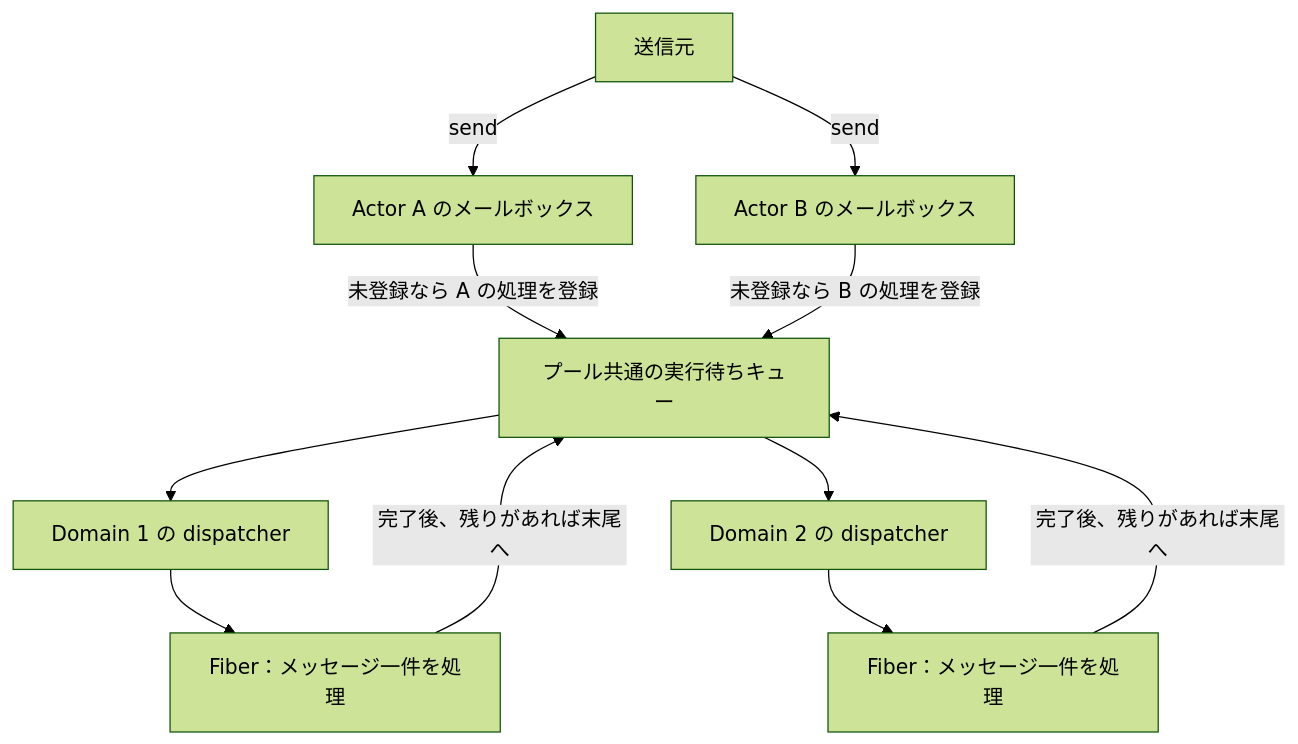
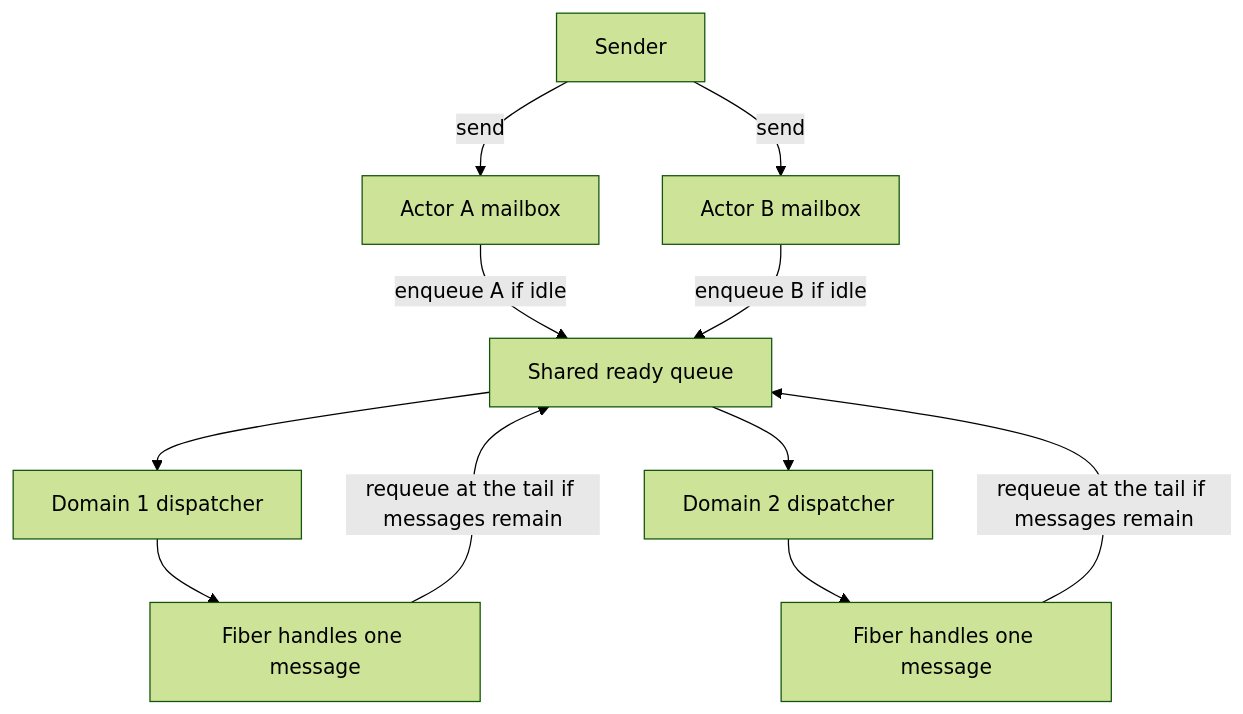
Before and after one commit to 45deg/acterious: the third of 3 diagrams in README.md, drawn with Mermaid (forest theme). The commit also changed other lines of this file and 4 other files, not shown here.

````diff
--- a/README.md
+++ b/README.md
@@ -103,13 +107,13 @@
 ```mermaid
 flowchart TD
-    Sender["送信元"] -->|send| MA["Actor A のメールボックス"]
-    Sender -->|send| MB["Actor B のメールボックス"]
-    MA -->|未登録なら A の処理を登録| Q["プール共通の実行待ちキュー"]
-    MB -->|未登録なら B の処理を登録| Q
-    Q --> D1["Domain 1 の dispatcher"]
-    Q --> D2["Domain 2 の dispatcher"]
-    D1 --> F1["Fiber：メッセージ一件を処理"]
-    D2 --> F2["Fiber：メッセージ一件を処理"]
-    F1 -->|完了後、残りがあれば末尾へ| Q
-    F2 -->|完了後、残りがあれば末尾へ| Q
+    Sender["Sender"] -->|send| MA["Actor A mailbox"]
+    Sender -->|send| MB["Actor B mailbox"]
+    MA -->|enqueue A if idle| Q["Shared ready queue"]
+    MB -->|enqueue B if idle| Q
+    Q --> D1["Domain 1 dispatcher"]
+    Q --> D2["Domain 2 dispatcher"]
+    D1 --> F1["Fiber handles one message"]
+    D2 --> F2["Fiber handles one message"]
+    F1 -->|requeue at the tail if messages remain| Q
+    F2 -->|requeue at the tail if messages remain| Q
 ```
````
